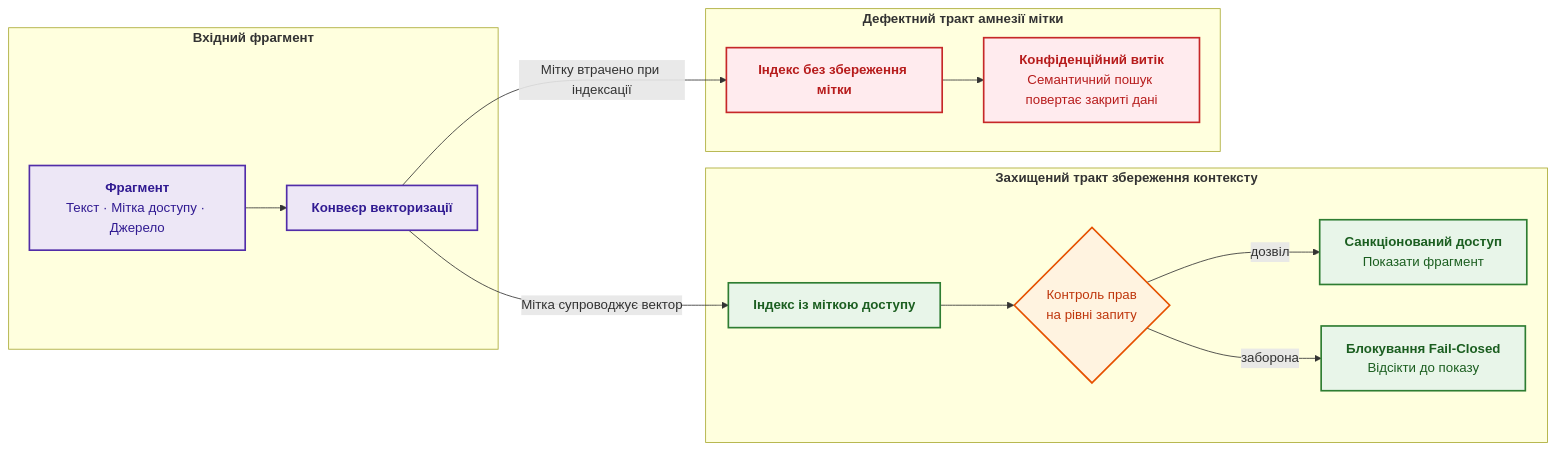
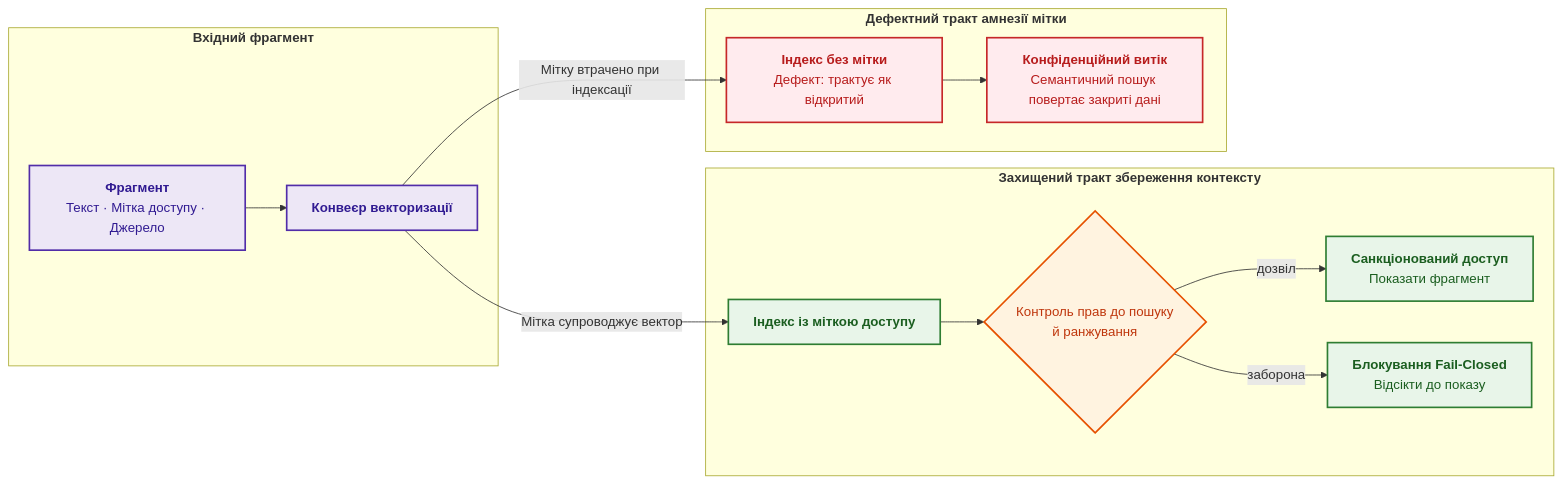
The ninth of 10 diagrams in ExpertSystem/ch08-engineering-artifacts-as-data.md (nick-fedchik/articles), drawn with Mermaid before and after one commit. The commit also changed other lines of this file and 7 other files, not shown here.

````diff
--- a/ExpertSystem/ch08-engineering-artifacts-as-data.md
+++ b/ExpertSystem/ch08-engineering-artifacts-as-data.md
@@ -971,40 +1116,40 @@
 ```mermaid
 flowchart LR
     accTitle: Збереження мітки доступу й запобігання витоку
     accDescr: Якщо мітка доступу проходить векторизацію разом із фрагментом, пошук відсікає заборонений фрагмент до показу; якщо мітку загублено, пошук за змістом віддає закритий фрагмент.
 
     subgraph SourceArtifact["<b>Вхідний фрагмент</b>"]
         F["<b>Фрагмент</b><br/>Текст · Мітка доступу · Джерело"]
         V["<b>Конвеєр векторизації</b>"]
         F --> V
     end
 
     subgraph SafeTrack["<b>Захищений тракт збереження контексту</b>"]
         IDX["<b>Індекс із міткою доступу</b>"]
-        Gate{"Контроль прав<br/>на рівні запиту"}
+        Gate{"Контроль прав до пошуку<br/>й ранжування"}
         Show["<b>Санкціонований доступ</b><br/>Показати фрагмент"]
         Block["<b>Блокування Fail-Closed</b><br/>Відсікти до показу"]
         IDX --> Gate
         Gate -->|"дозвіл"| Show
         Gate -->|"заборона"| Block
     end
 
     subgraph LeakTrack["<b>Дефектний тракт амнезії мітки</b>"]
-        BAD["<b>Індекс без збереження мітки</b>"]
+        BAD["<b>Індекс без мітки</b><br/>Дефект: трактує як відкритий"]
         Leak["<b>Конфіденційний витік</b><br/>Семантичний пошук повертає закриті дані"]
         BAD --> Leak
     end
 
     V -->|"Мітка супроводжує вектор"| IDX
     V -->|"Мітку втрачено при індексації"| BAD
 
     classDef frag fill:#ede7f6,stroke:#512da8,stroke-width:2px,color:#311b92;
     classDef goodIdx fill:#e8f5e9,stroke:#2e7d32,stroke-width:2px,color:#1b5e20;
     classDef badIdx fill:#ffebee,stroke:#c62828,stroke-width:2px,color:#b71c1c;
     classDef gate fill:#fff3e0,stroke:#e65100,stroke-width:2px,color:#bf360c;
 
     class F,V frag;
     class IDX,Show,Block goodIdx;
     class BAD,Leak badIdx;
     class Gate gate;
 ```
````
